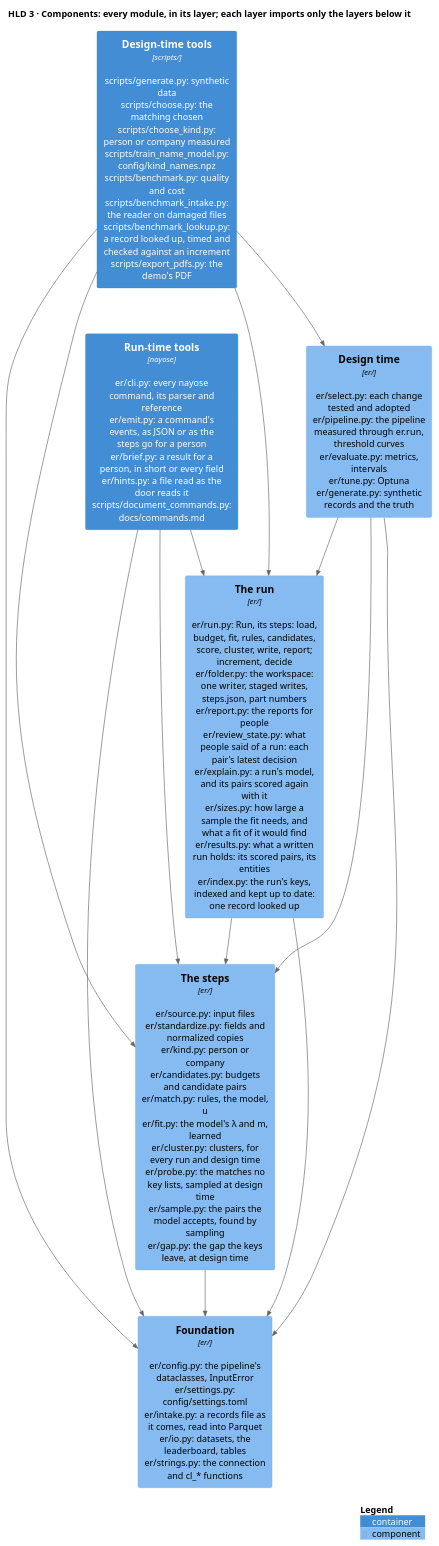
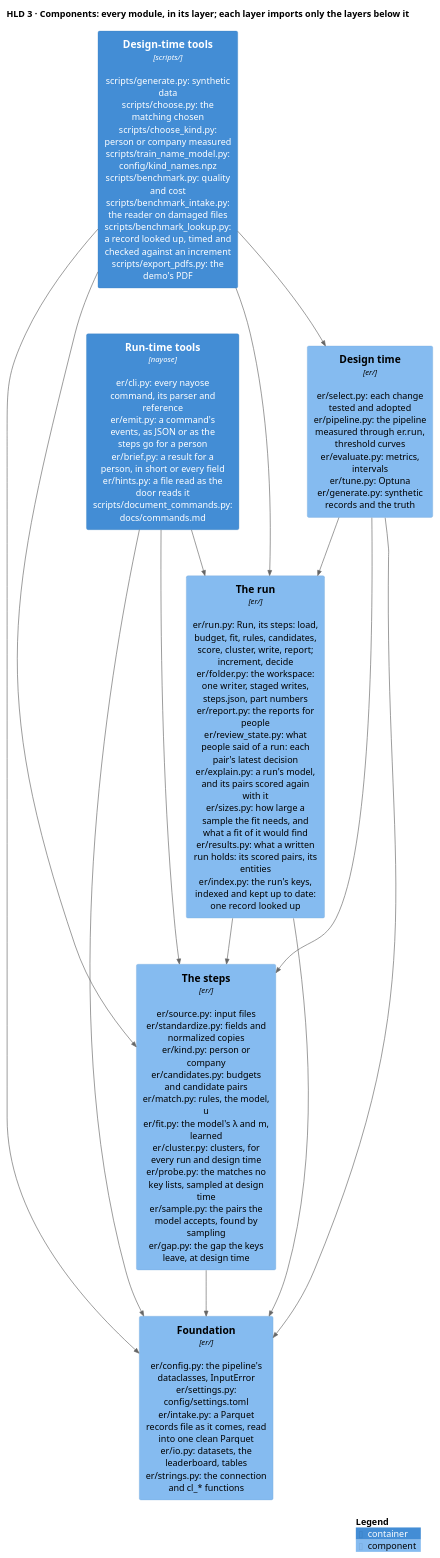
Before and after one commit to mvsbm/entity_matching: the diagram in docs/diagrams/components.puml, drawn with PlantUML. The commit also changed 23 other files, not shown here.

```diff
--- a/docs/diagrams/components.puml
+++ b/docs/diagrams/components.puml
@@ -1,30 +1,30 @@
 @startuml components
 !include <C4/C4_Component>
 LAYOUT_TOP_DOWN()
 HIDE_STEREOTYPE()
 title HLD 3 · Components: every module, in its layer; each layer imports only the layers below it
 
 Container(tools_run, "Run-time tools", "nayose", "er/cli.py: every nayose command, its parser and reference\ner/emit.py: a command's events, as JSON or as the steps go for a person\ner/brief.py: a result for a person, in short or every field\ner/hints.py: a file read as the door reads it\nscripts/document_commands.py: docs/commands.md")
 Container(tools_design, "Design-time tools", "scripts/", "scripts/generate.py: synthetic data\nscripts/choose.py: the matching chosen\nscripts/choose_kind.py: person or company measured\nscripts/train_name_model.py: config/kind_names.npz\nscripts/benchmark.py: quality and cost\nscripts/benchmark_intake.py: the reader on damaged files\nscripts/benchmark_lookup.py: a record looked up, timed and checked against an increment\nscripts/export_pdfs.py: the demo's PDF")
 
 Component(run, "The run", "er/", "er/run.py: Run, its steps: load, budget, fit, rules, candidates, score, cluster, write, report; increment, decide\ner/folder.py: the workspace: one writer, staged writes, steps.json, part numbers\ner/report.py: the reports for people\ner/review_state.py: what people said of a run: each pair's latest decision\ner/explain.py: a run's model, and its pairs scored again with it\ner/sizes.py: how large a sample the fit needs, and what a fit of it would find\ner/results.py: what a written run holds: its scored pairs, its entities\ner/index.py: the run's keys, indexed and kept up to date: one record looked up")
 Component(design, "Design time", "er/", "er/select.py: each change tested and adopted\ner/pipeline.py: the pipeline measured through er.run, threshold curves\ner/evaluate.py: metrics, intervals\ner/tune.py: Optuna\ner/generate.py: synthetic records and the truth")
 Component(steps, "The steps", "er/", "er/source.py: input files\ner/standardize.py: fields and normalized copies\ner/kind.py: person or company\ner/candidates.py: budgets and candidate pairs\ner/match.py: rules, the model, u\ner/fit.py: the model's λ and m, learned\ner/cluster.py: clusters, for every run and design time\ner/probe.py: the matches no key lists, sampled at design time\ner/sample.py: the pairs the model accepts, found by sampling\ner/gap.py: the gap the keys leave, at design time")
-Component(configuration, "Foundation", "er/", "er/config.py: the pipeline's dataclasses, InputError\ner/settings.py: config/settings.toml\ner/intake.py: a records file as it comes, read into Parquet\ner/io.py: datasets, the leaderboard, tables\ner/strings.py: the connection and cl_* functions")
+Component(configuration, "Foundation", "er/", "er/config.py: the pipeline's dataclasses, InputError\ner/settings.py: config/settings.toml\ner/intake.py: a Parquet records file as it comes, read into one clean Parquet\ner/io.py: datasets, the leaderboard, tables\ner/strings.py: the connection and cl_* functions")
 
 Rel_D(tools_run, run, "")
 Rel_D(tools_run, steps, "")
 Rel_D(tools_run, configuration, "")
 Rel_D(tools_design, run, "")
 Rel_D(tools_design, design, "")
 Rel_D(tools_design, steps, "")
 Rel_D(tools_design, configuration, "")
 Rel_D(run, steps, "")
 Rel_D(run, configuration, "")
 Rel_D(design, run, "")
 Rel_D(design, steps, "")
 Rel_D(design, configuration, "")
 Rel_D(steps, configuration, "")
 
 SHOW_LEGEND()
 @enduml
```
